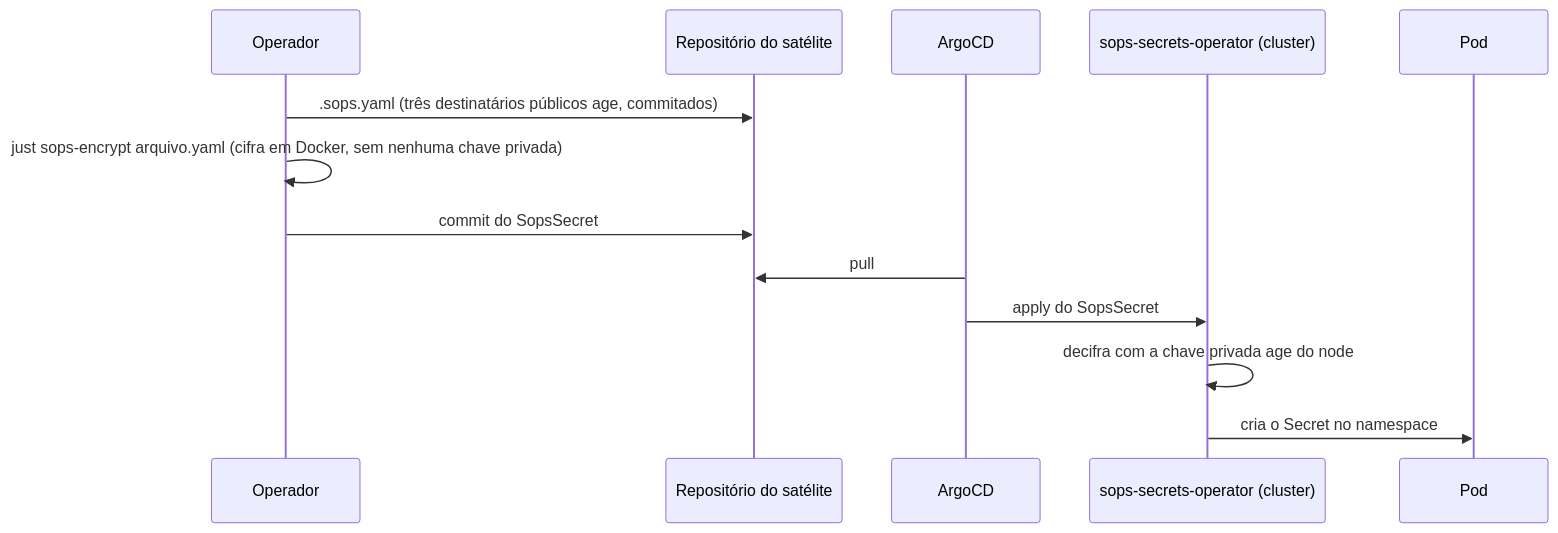
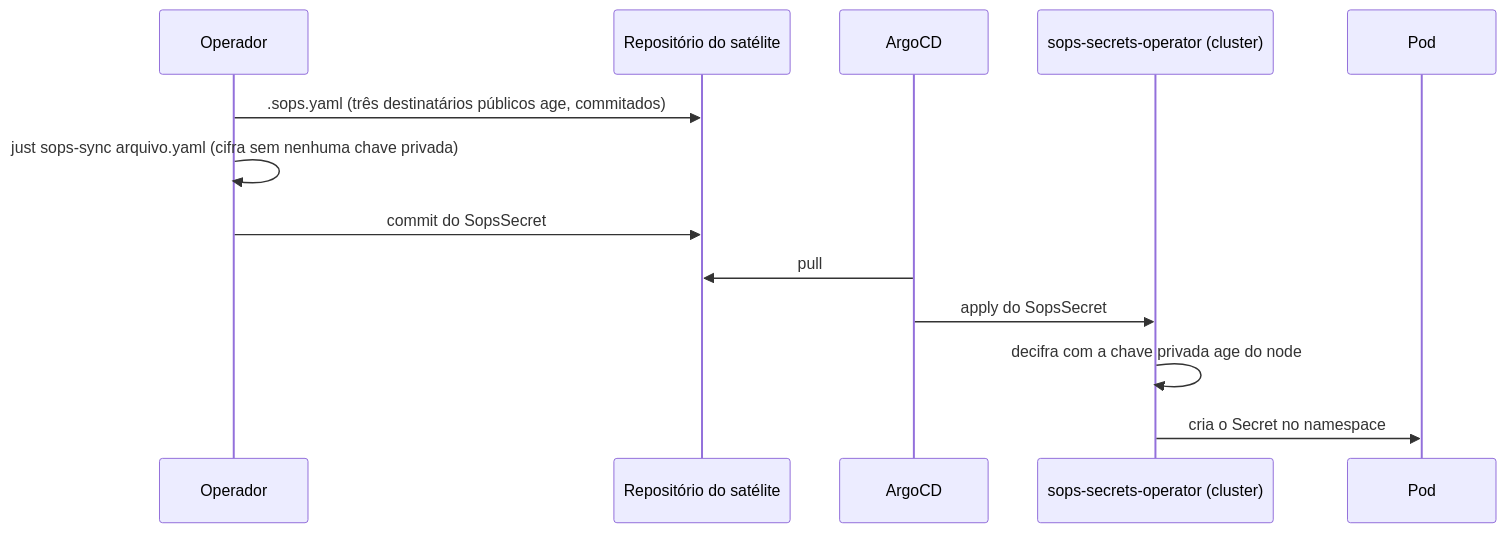
The second of 2 diagrams in docs/arquitetura/modelo-de-ameacas.md (guesant/hl-infrastructure), drawn with Mermaid before and after one commit. The commit also changed other lines of this file and 8 other files, not shown here.

Commit message:
refactor(sops): merge sops-encrypt into sops-sync, rename for clarity

````diff
--- a/docs/arquitetura/modelo-de-ameacas.md
+++ b/docs/arquitetura/modelo-de-ameacas.md
@@ -61,15 +61,15 @@
 ```mermaid
 sequenceDiagram
     participant Op as Operador
     participant Git as Repositório do satélite
     participant Argo as ArgoCD
     participant SSO as sops-secrets-operator (cluster)
     participant Pod as Pod
     Op->>Git: .sops.yaml (três destinatários públicos age, commitados)
-    Op->>Op: just sops-encrypt arquivo.yaml (cifra em Docker, sem nenhuma chave privada)
+    Op->>Op: just sops-sync arquivo.yaml (cifra sem nenhuma chave privada)
     Op->>Git: commit do SopsSecret
     Argo->>Git: pull
     Argo->>SSO: apply do SopsSecret
     SSO->>SSO: decifra com a chave privada age do node
     SSO->>Pod: cria o Secret no namespace
 ```
````
